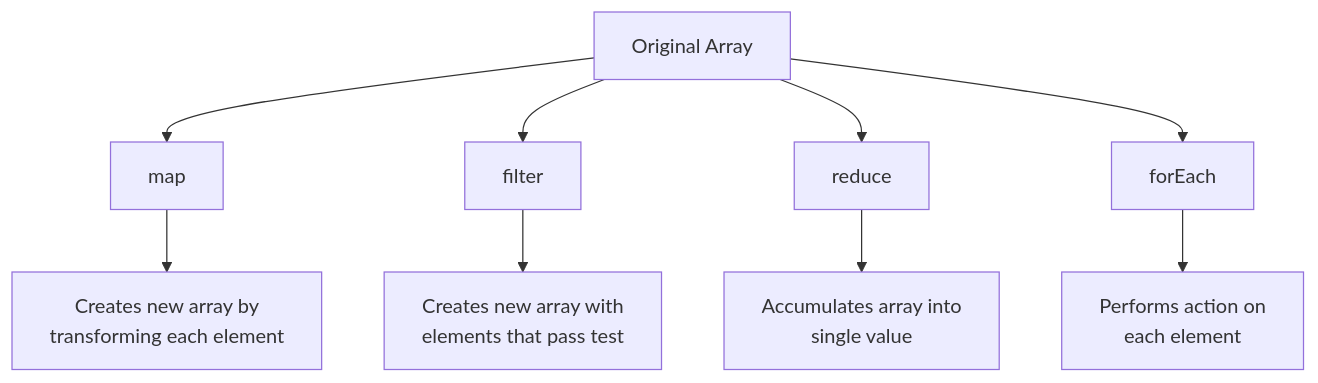
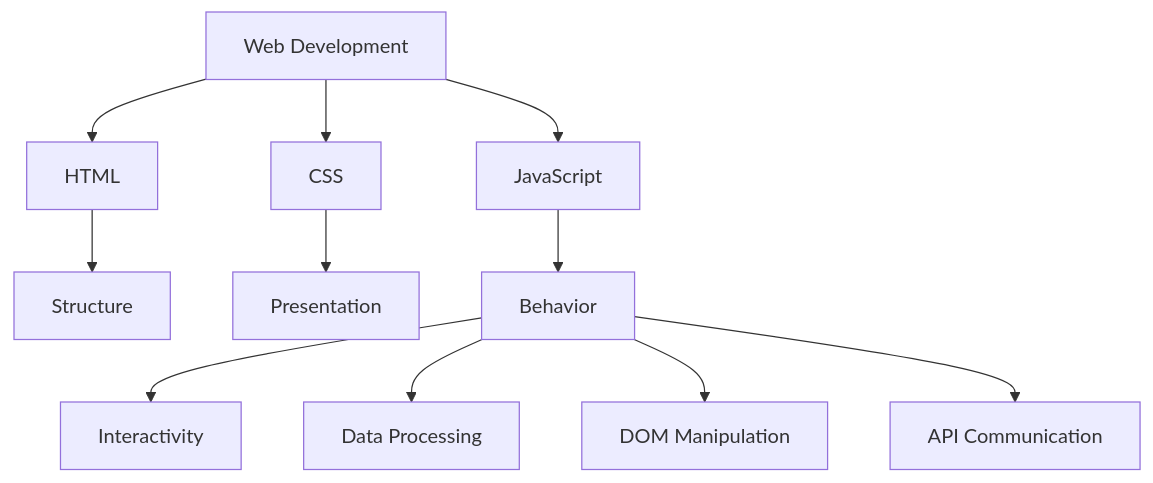
One commit to wahidyankf/oss changed the first of 3 diagrams in apps-standalone/ayokoding-web/content/en/learn/crash-courses/swe/lang/javascript/basics.md. Above: the diagram before and after it, drawn with Mermaid. The commit also changed other lines of this file and 40 other files, not shown here.

````diff
--- a/apps-standalone/ayokoding-web/content/en/learn/crash-courses/swe/lang/javascript/basics.md
+++ b/apps-standalone/ayokoding-web/content/en/learn/crash-courses/swe/lang/javascript/basics.md
@@ -342,11 +59,13 @@
 ```mermaid
-flowchart TD
-    A[Original Array] --> B[map]
-    B --> B1[Creates new array by\ntransforming each element]
-    A --> C[filter]
-    C --> C1[Creates new array with\nelements that pass test]
-    A --> D[reduce]
-    D --> D1[Accumulates array into\nsingle value]
-    A --> E[forEach]
-    E --> E1[Performs action on\neach element]
+graph TD
+    A[Web Development] --> B[HTML]
+    A --> C[CSS]
+    A --> D[JavaScript]
+    B --> B1[Structure]
+    C --> C1[Presentation]
+    D --> D1[Behavior]
+    D1 --> D2[Interactivity]
+    D1 --> D3[Data Processing]
+    D1 --> D4[DOM Manipulation]
+    D1 --> D5[API Communication]
 ```
````
